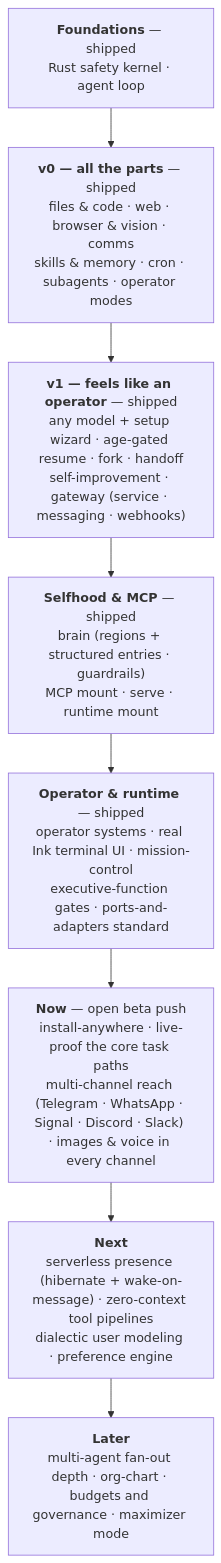
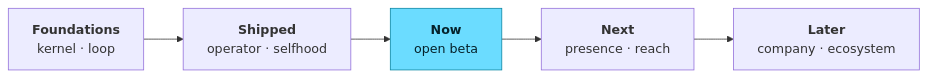
Before and after one commit to jpoindexter/Vanta: the first of 3 diagrams in vanta-website/docs/roadmap.md, drawn with Mermaid. The commit also changed other lines of this file and 1 other file, not shown here.

First line of the commit message:
docs(site): real rock-map roadmap + fix tall timeline diagram

````diff
--- a/vanta-website/docs/roadmap.md
+++ b/vanta-website/docs/roadmap.md
@@ -23,12 +13,10 @@
 ```mermaid
-flowchart TB
-  F["<b>Foundations</b> — shipped<br/>Rust safety kernel · agent loop"]
-  V0["<b>v0 — all the parts</b> — shipped<br/>files & code · web · browser & vision · comms<br/>skills & memory · cron · subagents · operator modes"]
-  V1["<b>v1 — feels like an operator</b> — shipped<br/>any model + setup wizard · age-gated resume · fork · handoff<br/>self-improvement · gateway (service · messaging · webhooks)"]
-  SM["<b>Selfhood & MCP</b> — shipped<br/>brain (regions + structured entries · guardrails)<br/>MCP mount · serve · runtime mount"]
-  OR["<b>Operator & runtime</b> — shipped<br/>operator systems · real Ink terminal UI · mission-control<br/>executive-function gates · ports-and-adapters standard"]
-  NOW["<b>Now</b> — open beta push<br/>install-anywhere · live-proof the core task paths<br/>multi-channel reach (Telegram · WhatsApp · Signal · Discord · Slack) · images & voice in every channel"]
-  NEXT["<b>Next</b><br/>serverless presence (hibernate + wake-on-message) · zero-context tool pipelines<br/>dialectic user modeling · preference engine"]
-  LATER["<b>Later</b><br/>multi-agent fan-out depth · org-chart · budgets and governance · maximizer mode"]
-  F --> V0 --> V1 --> SM --> OR --> NOW --> NEXT --> LATER
+flowchart LR
+  F["<b>Foundations</b><br/>kernel · loop"]
+  SHIP["<b>Shipped</b><br/>operator · selfhood"]
+  NOW["<b>Now</b><br/>open beta"]:::active
+  NEXT["<b>Next</b><br/>presence · reach"]
+  LATER["<b>Later</b><br/>company · ecosystem"]
+  F --> SHIP --> NOW --> NEXT --> LATER
+  classDef active fill:#6bdcff,stroke:#0b86a3,color:#06222b;
 ```
````
